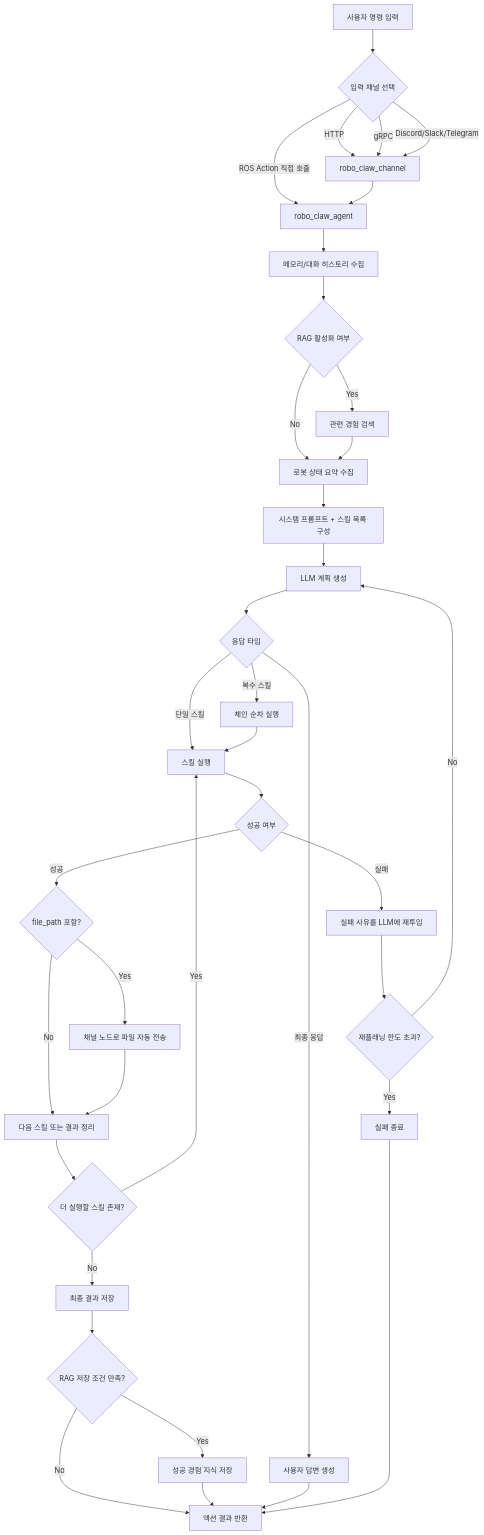
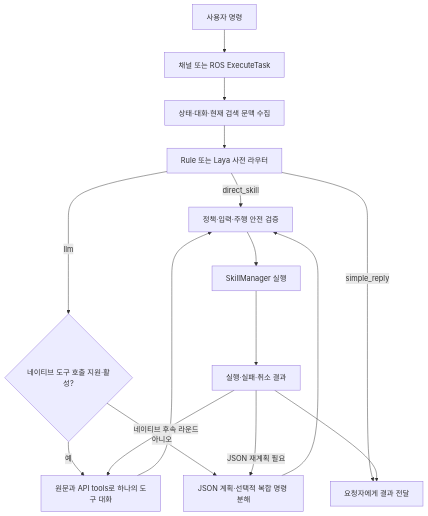
One commit to Open-Edge-Robotics/A.RobotAI-Robot-RoboClaw changed the first of 3 diagrams in docs/opencode/flowchart.md. Above: the diagram before and after it, drawn with Mermaid. The commit also changed other lines of this file and 45 other files, not shown here.

````diff
--- a/docs/opencode/flowchart.md
+++ b/docs/opencode/flowchart.md
@@ -5,39 +8,18 @@
 ```mermaid
 flowchart TD
-    A[사용자 명령 입력] --> B{입력 채널 선택}
-    B -->|HTTP| C[robo_claw_channel]
-    B -->|gRPC| C
-    B -->|Discord/Slack/Telegram| C
-    B -->|ROS Action 직접 호출| D[robo_claw_agent]
-    C --> D
-    D --> E[메모리/대화 히스토리 수집]
-    E --> F{RAG 활성화 여부}
-    F -->|Yes| G[관련 경험 검색]
-    F -->|No| H[로봇 상태 요약 수집]
-    G --> H
-    H --> I[시스템 프롬프트 + 스킬 목록 구성]
-    I --> J[LLM 계획 생성]
-    J --> K{응답 타입}
-    K -->|최종 응답| L[사용자 답변 생성]
-    K -->|단일 스킬| M[스킬 실행]
-    K -->|복수 스킬| N[체인 순차 실행]
-    N --> M
-    M --> O{성공 여부}
-    O -->|실패| P[실패 사유를 LLM에 재투입]
-    P --> Q{재플래닝 한도 초과?}
-    Q -->|No| J
-    Q -->|Yes| R[실패 종료]
-    O -->|성공| S{file_path 포함?}
-    S -->|Yes| T[채널 노드로 파일 자동 전송]
-    S -->|No| U[다음 스킬 또는 결과 정리]
-    T --> U
-    U --> V{더 실행할 스킬 존재?}
-    V -->|Yes| M
-    V -->|No| W[최종 결과 저장]
-    W --> X{RAG 저장 조건 만족?}
-    X -->|Yes| Y[성공 경험 지식 저장]
-    X -->|No| Z[액션 결과 반환]
-    Y --> Z
-    L --> Z
-    R --> Z
+    A[사용자 명령] --> B[채널 또는 ROS ExecuteTask]
+    B --> C[상태·대화·현재 검색 문맥 수집]
+    C --> R[Rule 또는 Laya 사전 라우터]
+    R -->|direct_skill| V[정책·입력·주행 안전 검증]
+    R -->|simple_reply| Z[요청자에게 결과 전달]
+    R -->|llm| T{네이티브 도구 호출 지원·활성?}
+    T -->|예| N[원문과 API tools로 하나의 도구 대화]
+    T -->|아니오| J[JSON 계획·선택적 복합 명령 분해]
+    N --> V
+    J --> V
+    V --> E[SkillManager 실행]
+    E --> F[실행·실패·취소 결과]
+    F -->|네이티브 후속 라운드| N
+    F -->|JSON 재계획 필요| J
+    F --> Z
 ```
````
